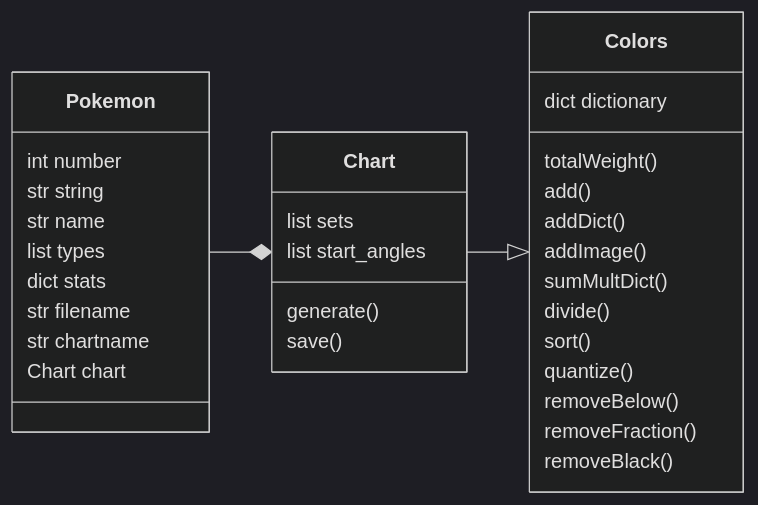
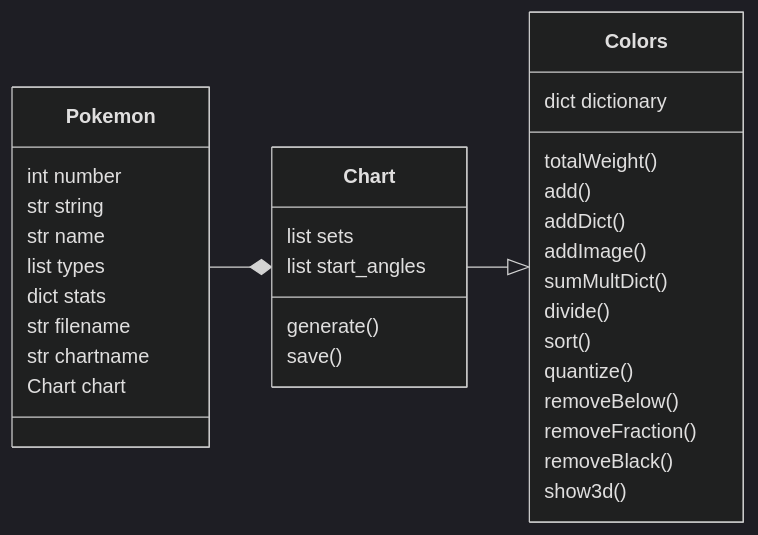
The second of 2 diagrams in README.md (DevinBerchtold/PokeChart), drawn with Mermaid (dark theme) before and after one commit. The commit also changed other lines of this file and 12 other files, not shown here.

````diff
--- a/README.md
+++ b/README.md
@@ -120,36 +120,37 @@
 ```mermaid
 classDiagram
     direction RL
     Colors <|-- Chart
     Chart *-- Pokemon
     class Pokemon {
         int number
         str string
         str name
         list types
         dict stats
         str filename
         str chartname
         Chart chart
     }
     class Colors {
         dict dictionary
         totalWeight()
         add()
         addDict()
         addImage()
         sumMultDict()
         divide()
         sort()
         quantize()
         removeBelow()
         removeFraction()
         removeBlack()
+        show3d()
     }
     class Chart {
         list sets
         list start_angles
         generate()
         save()
     }
 ```
````
